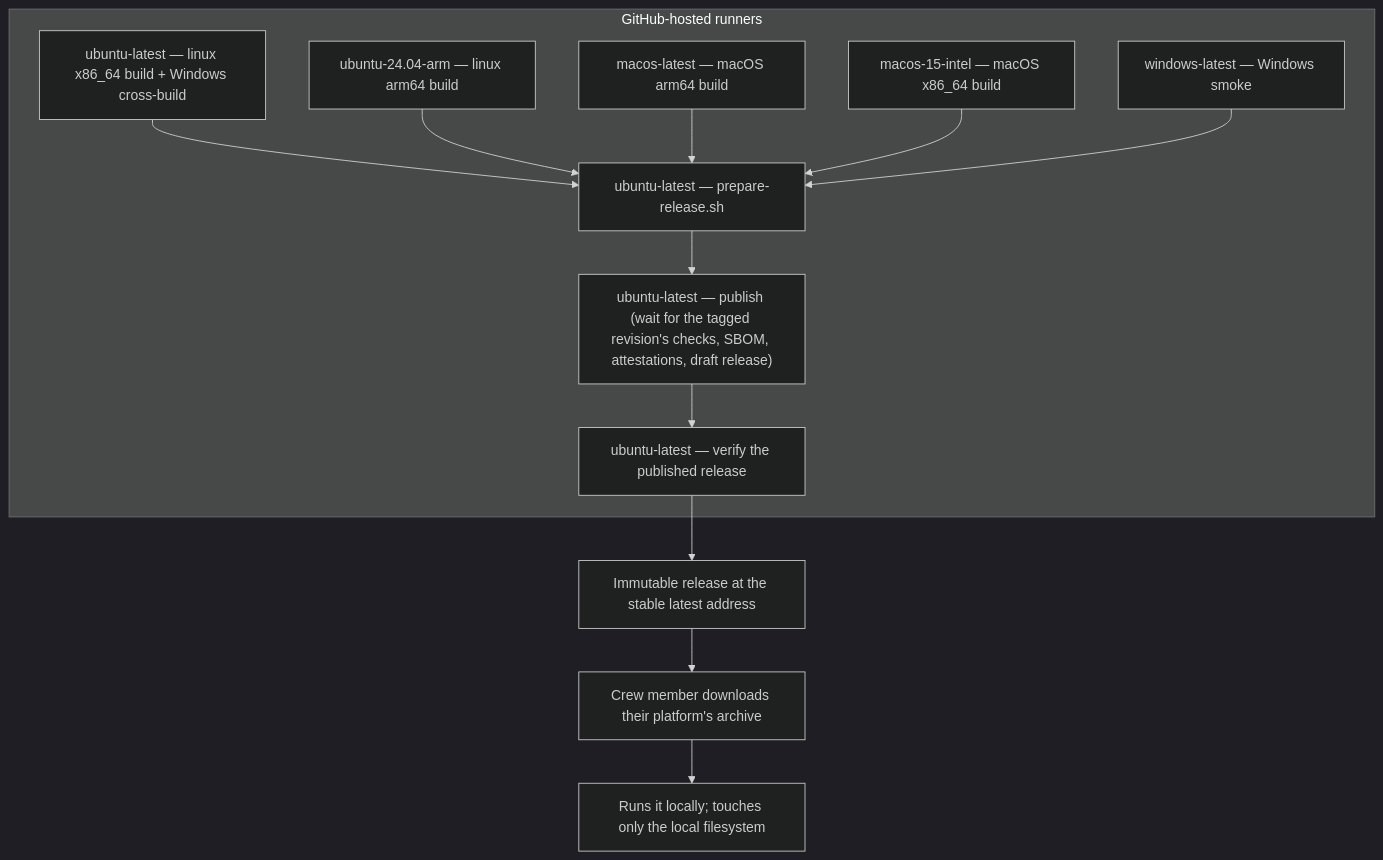
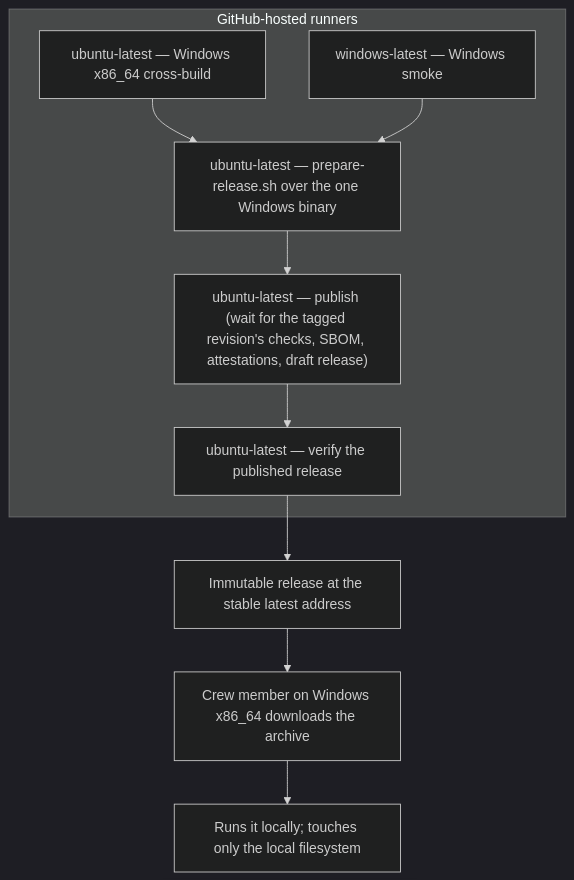
The diagram in docs/arc42/07-deployment-view.md (duty2cal/duty2cal), drawn with Mermaid (dark theme) before and after one commit. The commit also changed other lines of this file and 14 other files, not shown here.

First line of the commit message:
feat(publish-public-release): Offer one downloadable archive for Windows, the only platform the project distributes.

````diff
--- a/docs/arc42/07-deployment-view.md
+++ b/docs/arc42/07-deployment-view.md
@@ -7,22 +7,16 @@
 ```mermaid
 flowchart TB
   subgraph host["GitHub-hosted runners"]
-    b1["ubuntu-latest — linux x86_64 build + Windows cross-build"]
-    b2["ubuntu-24.04-arm — linux arm64 build"]
-    b3["macos-latest — macOS arm64 build"]
-    b4["macos-15-intel — macOS x86_64 build"]
+    b1["ubuntu-latest — Windows x86_64 cross-build"]
     sm["windows-latest — Windows smoke"]
-    prep["ubuntu-latest — prepare-release.sh"]
+    prep["ubuntu-latest — prepare-release.sh over the one Windows binary"]
     pub["ubuntu-latest — publish (wait for the tagged revision's checks, SBOM, attestations, draft release)"]
     ver["ubuntu-latest — verify the published release"]
   end
   b1 --> prep
-  b2 --> prep
-  b3 --> prep
-  b4 --> prep
   sm --> prep
   prep --> pub --> ver
   ver --> rel["Immutable release at the stable latest address"]
-  rel --> dl["Crew member downloads their platform's archive"]
+  rel --> dl["Crew member on Windows x86_64 downloads the archive"]
   dl --> run["Runs it locally; touches only the local filesystem"]
 ```
````
